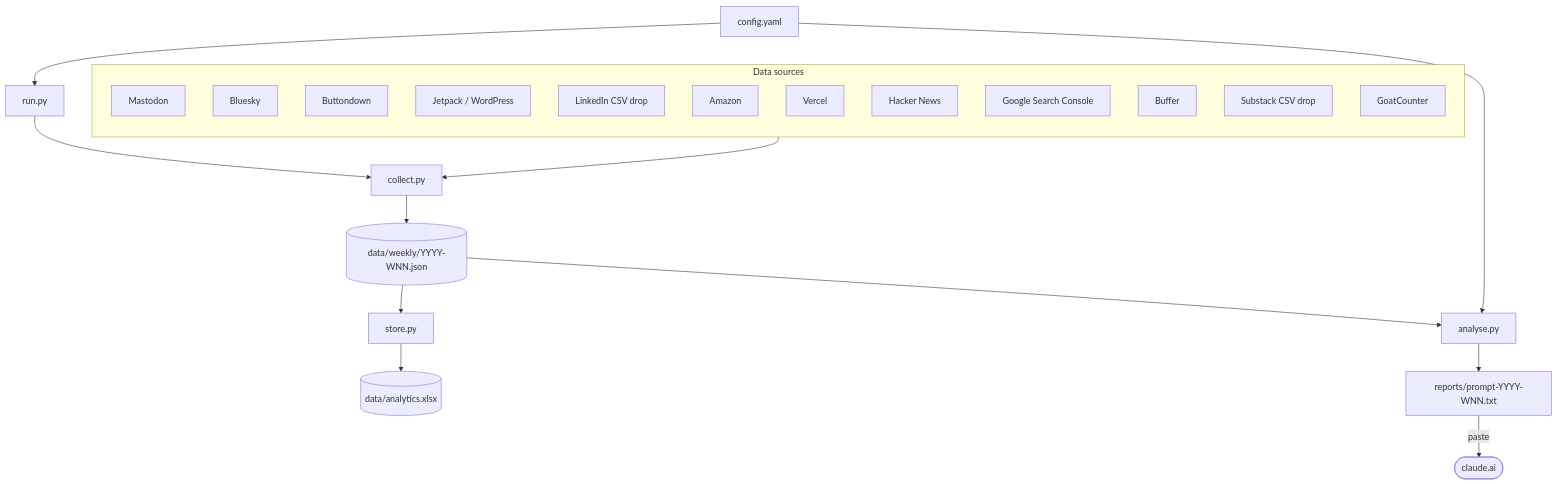
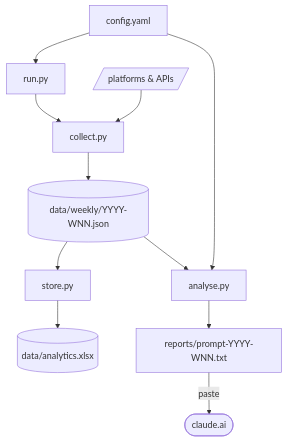
One commit to catehstn/social-brain changed the diagram in README.md. Above: the diagram before and after it, drawn with Mermaid.

Commit message:
Simplify architecture diagram — collapse sources to single node

````diff
--- a/README.md
+++ b/README.md
@@ -208,39 +208,24 @@
 ```mermaid
 flowchart TD
-    subgraph sources["Data sources"]
-        direction TB
-        S1[Mastodon]
-        S2[Bluesky]
-        S3[Buttondown]
-        S4[Jetpack / WordPress]
-        S5[LinkedIn CSV drop]
-        S6[Amazon]
-        S7[Vercel]
-        S8[Hacker News]
-        S9[Google Search Console]
-        S10[Buffer]
-        S11[Substack CSV drop]
-        S12[GoatCounter]
-    end
-
+    SRC[/"platforms & APIs"/]
     CFG[config.yaml]
     CLI[run.py]
     COL[collect.py]
     STO[store.py]
     ANA[analyse.py]
     XLS[(data/analytics.xlsx)]
     JSON[(data/weekly/YYYY-WNN.json)]
     TXT[reports/prompt-YYYY-WNN.txt]
     AI([claude.ai])
 
     CFG --> CLI
     CLI --> COL
-    sources --> COL
+    SRC --> COL
     COL --> JSON
     JSON --> STO
     STO --> XLS
     JSON --> ANA
     CFG --> ANA
     ANA --> TXT
     TXT -->|paste| AI
 ```
````
